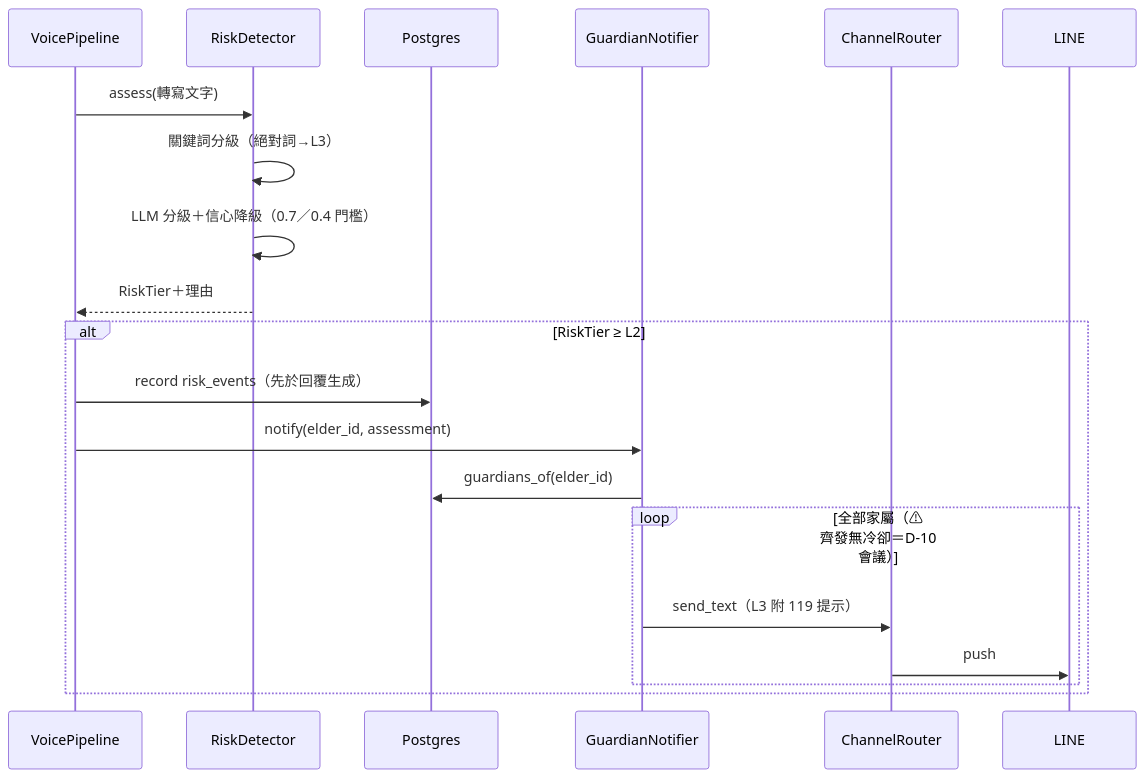
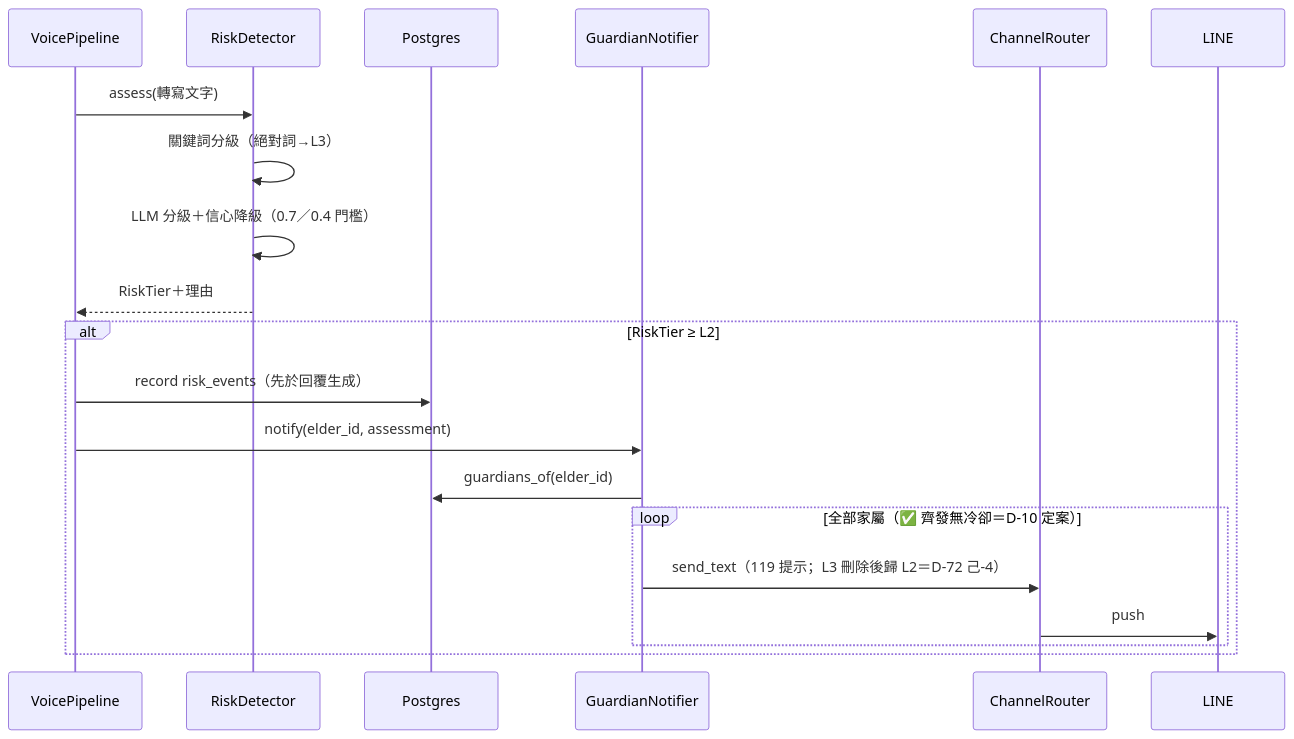
One commit to leo53021313/kinsun changed the ninth of 11 diagrams in docs/dev/05_架構與設計.md. Above: the diagram before and after it, drawn with Mermaid. The commit also changed other lines of this file and 13 other files, not shown here.

````diff
--- a/docs/dev/05_架構與設計.md
+++ b/docs/dev/05_架構與設計.md
@@ -453,23 +450,23 @@
 ```mermaid
 sequenceDiagram
     participant P as VoicePipeline
     participant D as RiskDetector
     participant DB as Postgres
     participant N as GuardianNotifier
     participant R as ChannelRouter
     participant LINE as LINE
 
     P->>D: assess(轉寫文字)
     D->>D: 關鍵詞分級（絕對詞→L3）
     D->>D: LLM 分級＋信心降級（0.7／0.4 門檻）
     D-->>P: RiskTier＋理由
     alt RiskTier ≥ L2
         P->>DB: record risk_events（先於回覆生成）
         P->>N: notify(elder_id, assessment)
         N->>DB: guardians_of(elder_id)
-        loop 全部家屬（⚠ 齊發無冷卻＝D-10 會議）
-            N->>R: send_text（L3 附 119 提示）
+        loop 全部家屬（✅ 齊發無冷卻＝D-10 定案）
+            N->>R: send_text（119 提示；L3 刪除後歸 L2＝D-72 己-4）
             R->>LINE: push
         end
     end
 ```
````
